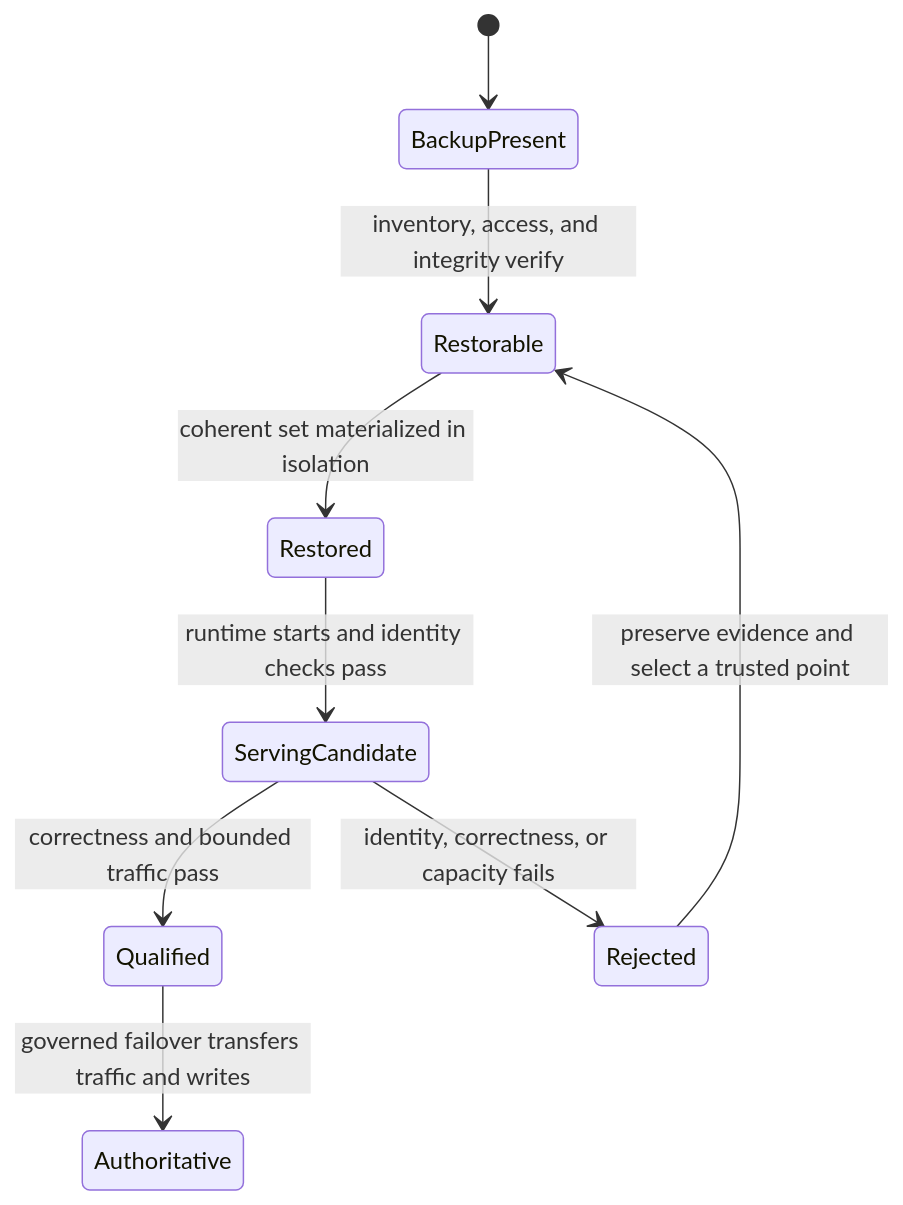
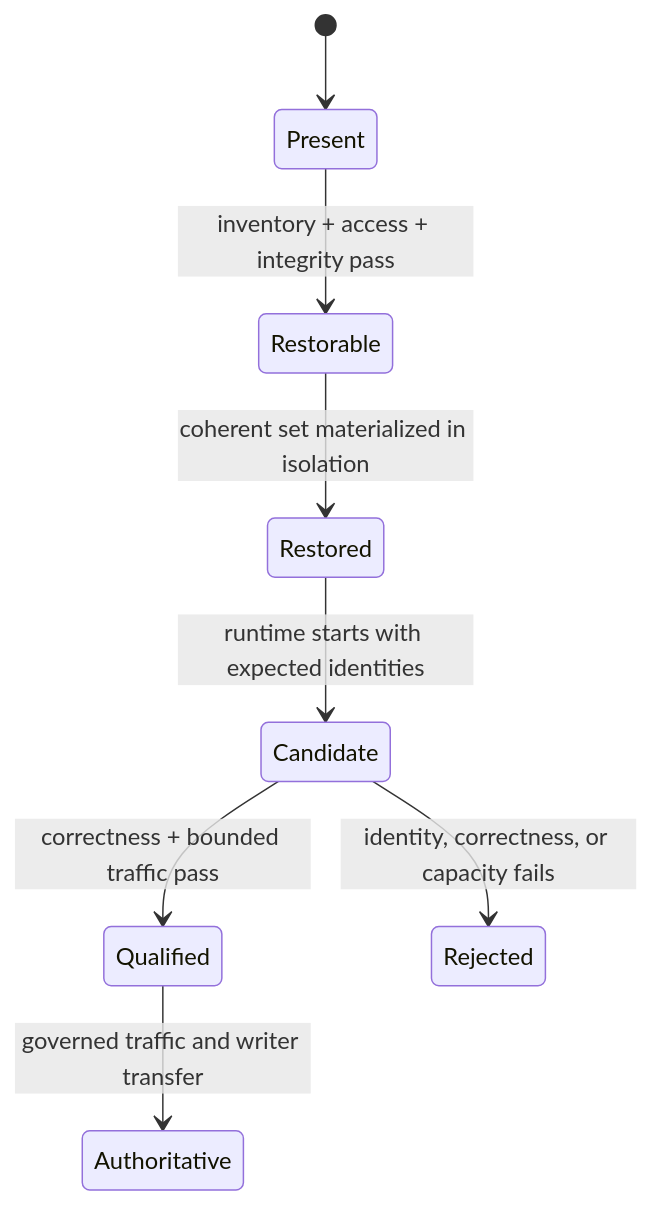
One commit to bijux/bijux-atlas changed the third of 3 diagrams in docs/bijux-atlas-ops/release/backup-and-recovery.md. Above: the diagram before and after it, drawn with Mermaid. The commit also changed other lines of this file and 1 other file, not shown here.

````diff
--- a/docs/bijux-atlas-ops/release/backup-and-recovery.md
+++ b/docs/bijux-atlas-ops/release/backup-and-recovery.md
@@ -136,11 +85,10 @@
 ```mermaid
 stateDiagram-v2
-    [*] --> BackupPresent
-    BackupPresent --> Restorable: inventory, access, and integrity verify
+    [*] --> Present
+    Present --> Restorable: inventory + access + integrity pass
     Restorable --> Restored: coherent set materialized in isolation
-    Restored --> ServingCandidate: runtime starts and identity checks pass
-    ServingCandidate --> Qualified: correctness and bounded traffic pass
-    ServingCandidate --> Rejected: identity, correctness, or capacity fails
-    Rejected --> Restorable: preserve evidence and select a trusted point
-    Qualified --> Authoritative: governed failover transfers traffic and writes
+    Restored --> Candidate: runtime starts with expected identities
+    Candidate --> Qualified: correctness + bounded traffic pass
+    Candidate --> Rejected: identity, correctness, or capacity fails
+    Qualified --> Authoritative: governed traffic and writer transfer
 ```
````
